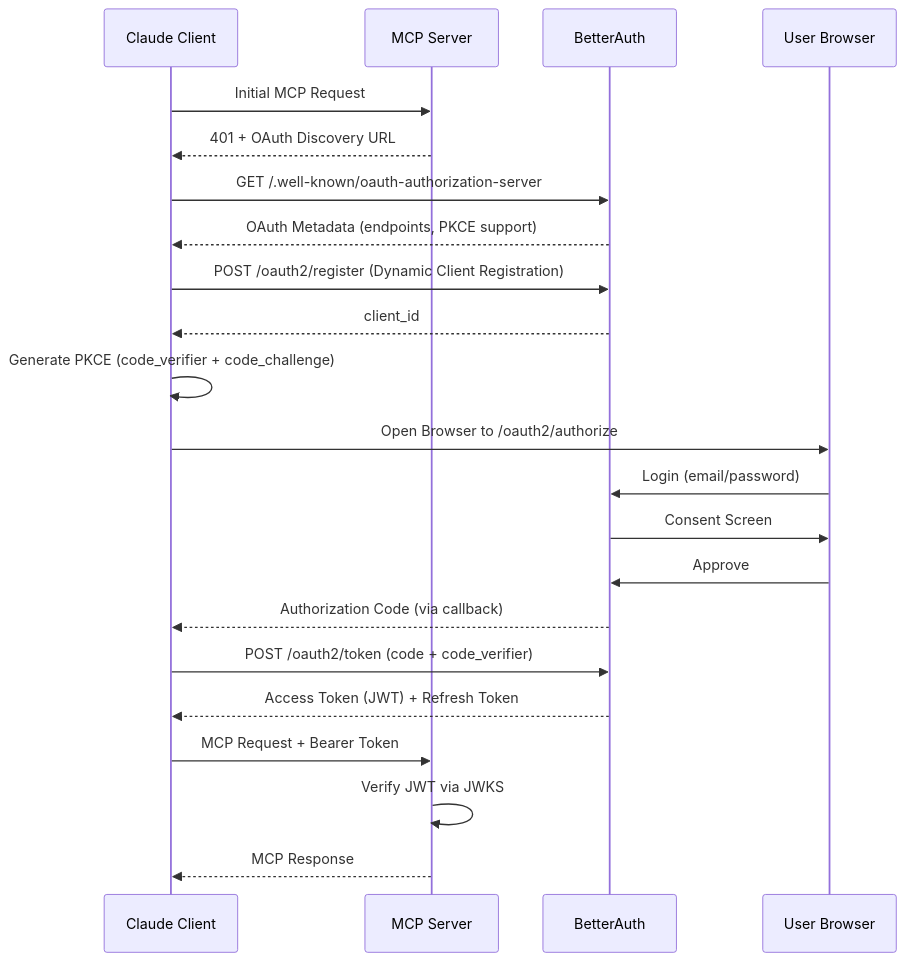
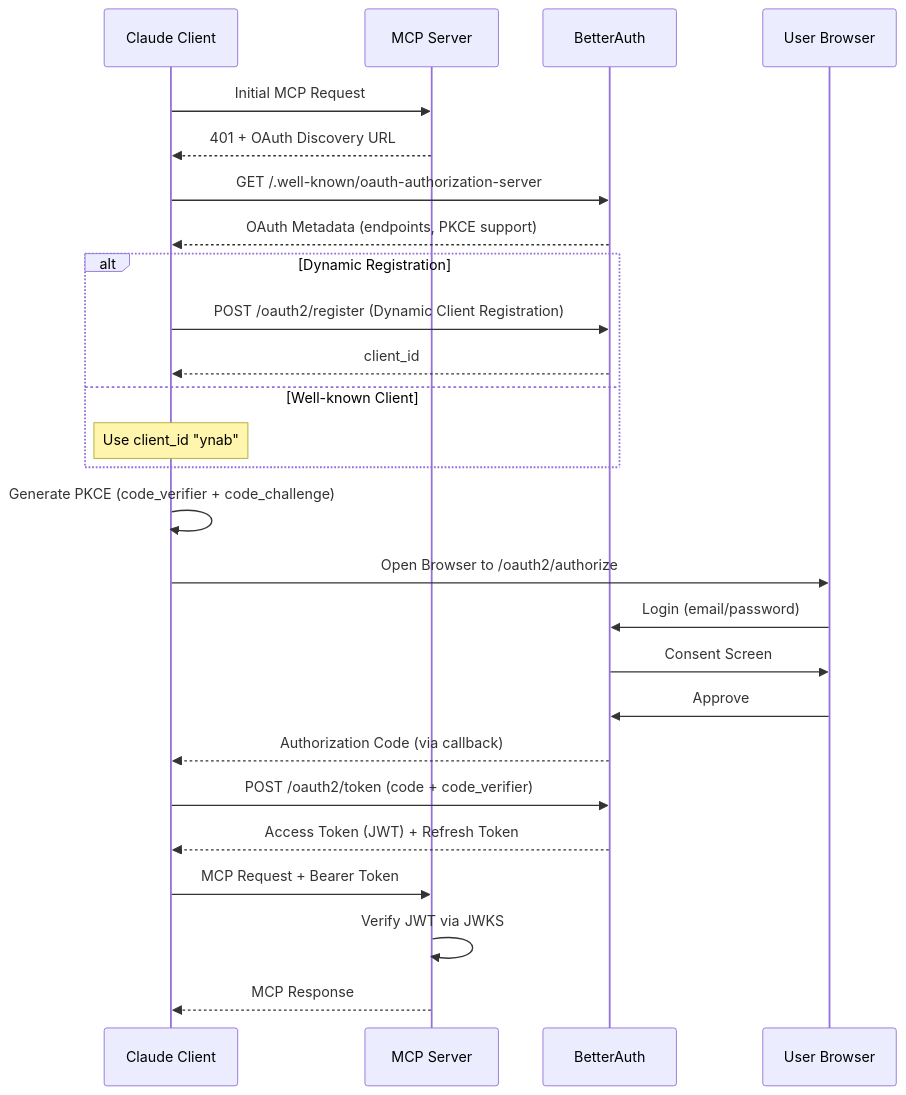
One commit to Bernix01/ynab-mcp changed the second of 4 diagrams in README.md. Above: the diagram before and after it, drawn with Mermaid. The commit also changed other lines of this file, not shown here.

First line of the commit message:
docs: document well-known 'ynab' OAuth client configuration

````diff
--- a/README.md
+++ b/README.md
@@ -49,29 +49,33 @@
 ```mermaid
 sequenceDiagram
     participant C as Claude Client
     participant S as MCP Server
     participant BA as BetterAuth
     participant U as User Browser
 
     C->>S: Initial MCP Request
     S-->>C: 401 + OAuth Discovery URL
     C->>BA: GET /.well-known/oauth-authorization-server
     BA-->>C: OAuth Metadata (endpoints, PKCE support)
 
-    C->>BA: POST /oauth2/register (Dynamic Client Registration)
-    BA-->>C: client_id
+    alt Dynamic Registration
+        C->>BA: POST /oauth2/register (Dynamic Client Registration)
+        BA-->>C: client_id
+    else Well-known Client
+        Note over C: Use client_id "ynab"
+    end
 
     C->>C: Generate PKCE (code_verifier + code_challenge)
     C->>U: Open Browser to /oauth2/authorize
     U->>BA: Login (email/password)
     BA->>U: Consent Screen
     U->>BA: Approve
     BA-->>C: Authorization Code (via callback)
 
     C->>BA: POST /oauth2/token (code + code_verifier)
     BA-->>C: Access Token (JWT) + Refresh Token
 
     C->>S: MCP Request + Bearer Token
     S->>S: Verify JWT via JWKS
     S-->>C: MCP Response
 ```
````
